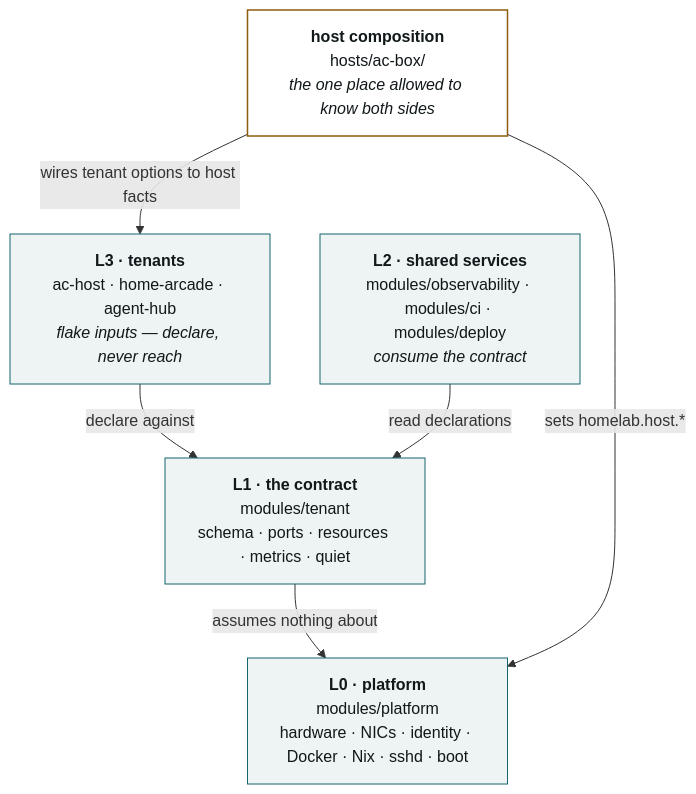
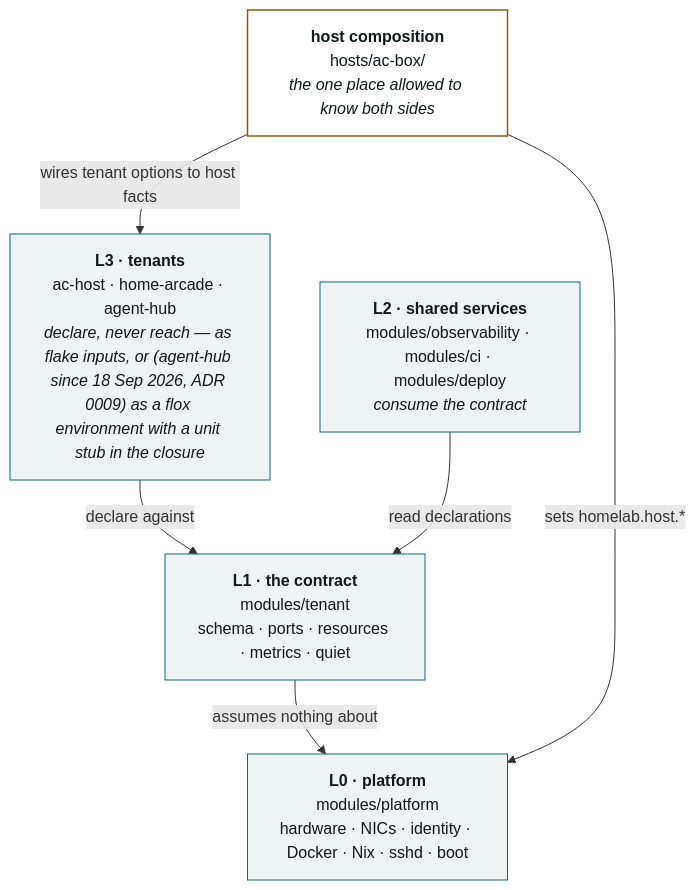
Before and after one commit to imkarrer/homelab: the first of 5 diagrams in docs/architecture.md, drawn with Mermaid. The commit also changed other lines of this file and 2 other files, not shown here.

First line of the commit message:
ADR 0009 Accepted: agent-hub runs from its flox environment, and a push restarts it through the new edge

````diff
--- a/docs/architecture.md
+++ b/docs/architecture.md
@@ -31,19 +31,19 @@
 ```mermaid
 flowchart TD
-    L3["<b>L3 · tenants</b><br/>ac-host · home-arcade · agent-hub<br/><i>flake inputs — declare, never reach</i>"]
+    L3["<b>L3 · tenants</b><br/>ac-host · home-arcade · agent-hub<br/><i>declare, never reach — as flake inputs, or (agent-hub since 18 Sep 2026, ADR 0009) as a flox environment with a unit stub in the closure</i>"]
     L2["<b>L2 · shared services</b><br/>modules/observability · modules/ci · modules/deploy<br/><i>consume the contract</i>"]
     L1["<b>L1 · the contract</b><br/>modules/tenant<br/>schema · ports · resources · metrics · quiet"]
     L0["<b>L0 · platform</b><br/>modules/platform<br/>hardware · NICs · identity · Docker · Nix · sshd · boot"]
     HOST["<b>host composition</b><br/>hosts/ac-box/<br/><i>the one place allowed to know both sides</i>"]
 
     L3 -- "declare against" --> L1
     L2 -- "read declarations" --> L1
     L1 -- "assumes nothing about" --> L0
     HOST -- "wires tenant options to host facts" --> L3
     HOST -- "sets homelab.host.*" --> L0
 
     classDef layer fill:#eef3f4,stroke:#14666e,stroke-width:1px,color:#101819;
     classDef host fill:#fff,stroke:#8d5c0c,stroke-width:1.5px,color:#101819;
     class L0,L1,L2,L3 layer;
     class HOST host;
 ```
````
